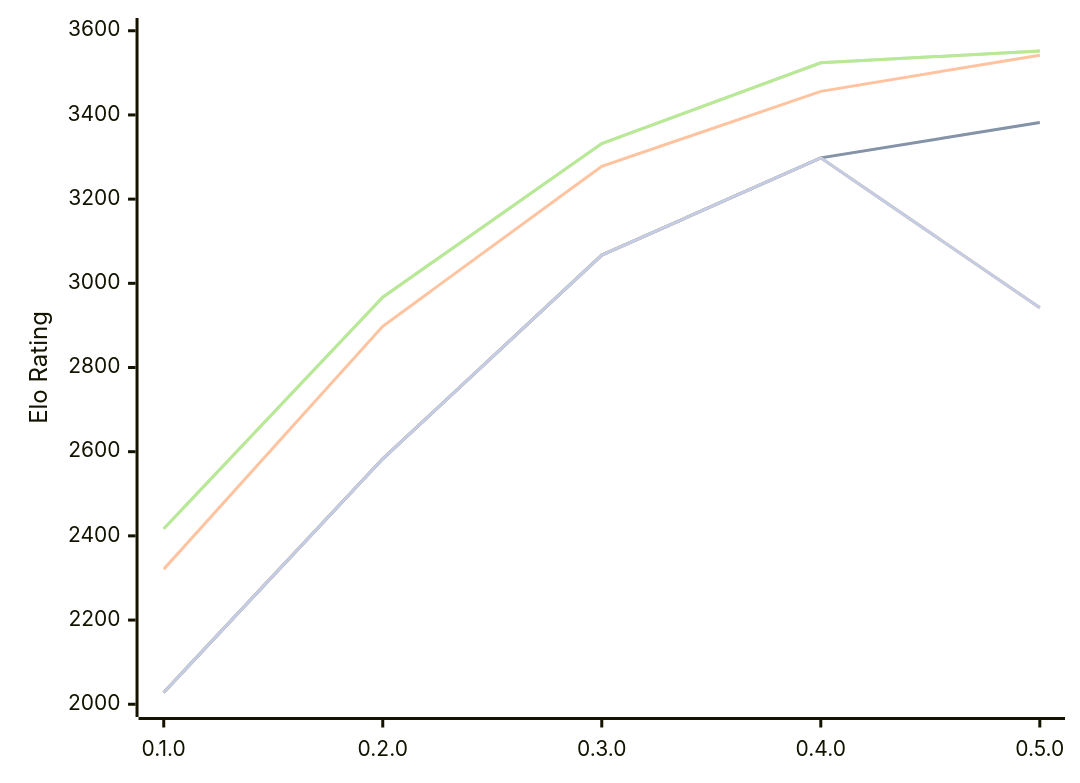
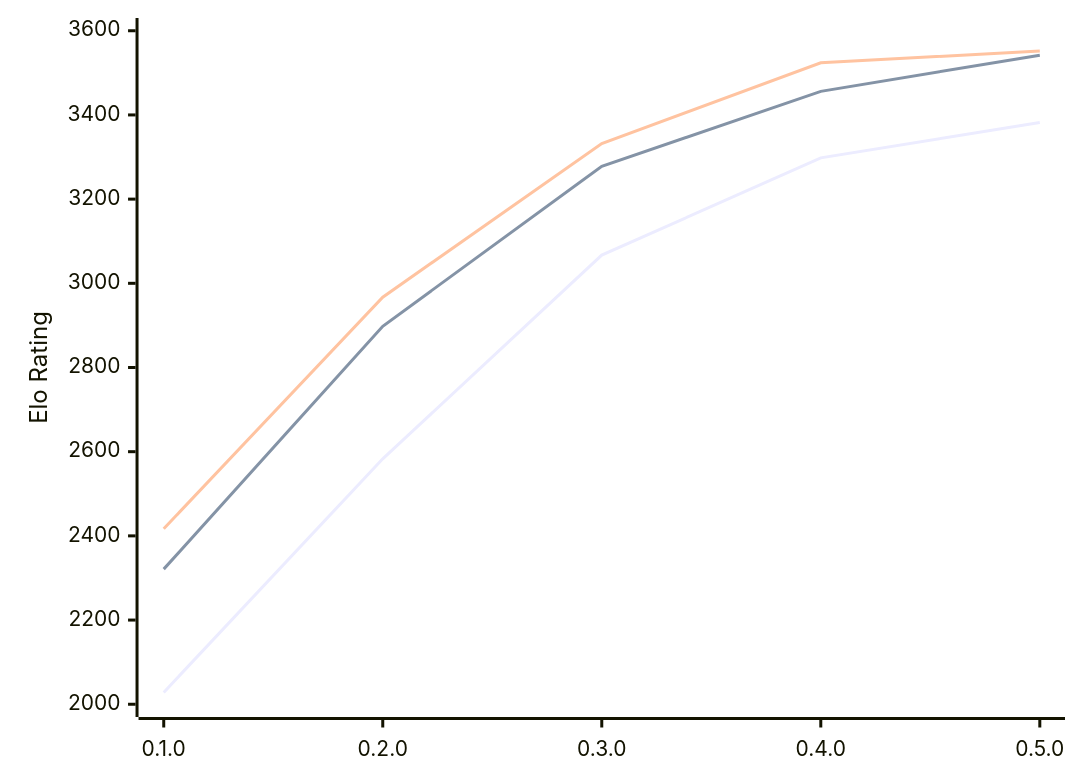
One commit to computer-chess-index/cci changed the diagram in engines/Justbot.md. Above: the diagram before and after it, drawn with Mermaid. The commit also changed other lines of this file, not shown here.

````diff
--- a/engines/Justbot.md
+++ b/engines/Justbot.md
@@ -51,13 +51,9 @@
 ```mermaid
 %%{init: {"theme":"base","themeVariables":{"seriesColors:['#a3a3a3','#222221','#faa371']}}}%%
 xychart-beta
   x-axis ["0.1.0", "0.2.0", "0.3.0", "0.4.0", "0.5.0"]
   y-axis "Elo Rating" 2000 --> 3600
-  line "" [2028, 2583, 3067, 3298, 3382]
   line "T1: STC (8.0+0.08s)" [2028, 2583, 3067, 3298, 3382]
   line "T1: LTC (60.0+0.60s)" [2321, 2898, 3278, 3456, 3542]
-  line "" [2417, 2967, 3332, 3524, 3552]
   line "T1: VLTC (2m24s+1.12s)" [2417, 2967, 3332, 3524, 3552]
-  line "" [2028, 2583, 3067, 3298,2942]
-  line "E1: STC (8.0+0.08s)" [2028, 2583, 3067, 3298,2942]
 ```
````
